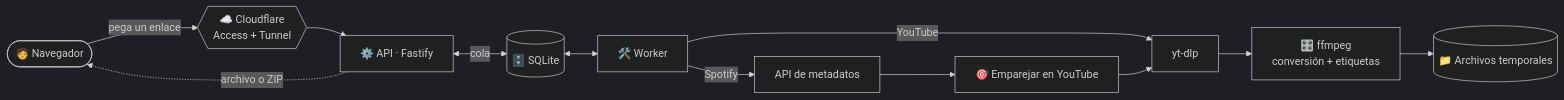
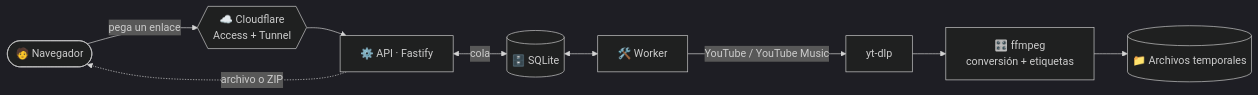
Before and after one commit to wilrd14/Music_Downloader: the diagram in README.md, drawn with Mermaid (dark theme). The commit also changed other lines of this file and 25 other files, not shown here.

First line of the commit message:
Quitar el soporte de Spotify (solo YouTube y YouTube Music)

````diff
--- a/README.md
+++ b/README.md
@@ -62,12 +57,11 @@
 ```mermaid
 flowchart LR
     U([🧑 Navegador]) -->|pega un enlace| CF{{☁️ Cloudflare<br/>Access + Tunnel}}
     CF --> API[⚙️ API · Fastify]
     API <-->|cola| DB[(🗄️ SQLite)]
     DB <--> W[🛠️ Worker]
-    W -->|YouTube| YT[yt-dlp]
-    W -->|Spotify| SP[API de metadatos] --> M[🎯 Emparejar en YouTube] --> YT
+    W -->|YouTube / YouTube Music| YT[yt-dlp]
     YT --> FF[🎛️ ffmpeg<br/>conversión + etiquetas]
     FF --> F[(📁 Archivos temporales)]
     API -.->|archivo o ZIP| U
 ```
````
